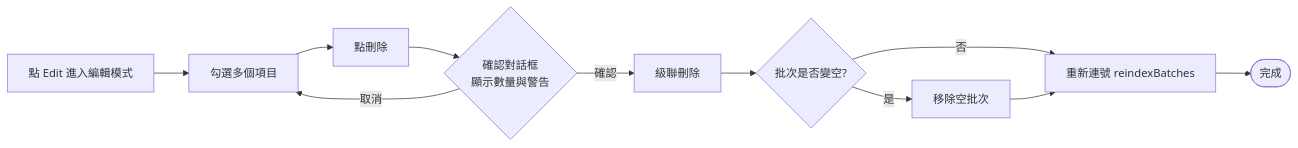
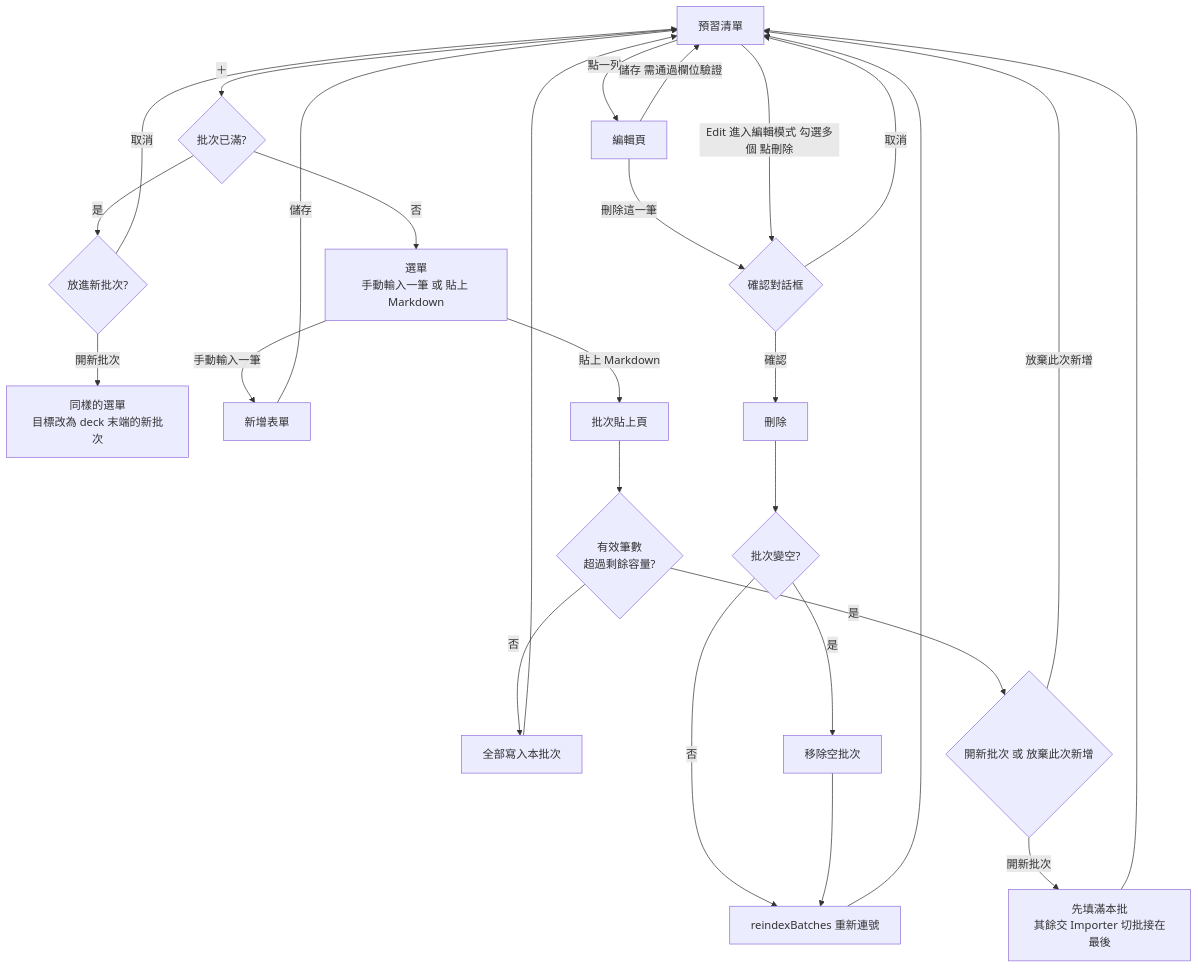
One commit to peiying004/vocabularyApp changed the fourth of 4 diagrams in docs/architecture.md. Above: the diagram before and after it, drawn with Mermaid. The commit also changed other lines of this file and 8 other files, not shown here.

First line of the commit message:
spectra(sync-docs-after-onboarding): 同步 README 與 docs/ 至 onboarding 後的程式現況，補 mermaid 架構圖與流程圖

````diff
--- a/docs/architecture.md
+++ b/docs/architecture.md
@@ -203,13 +221,29 @@
 ```mermaid
-flowchart LR
-    A[點 Edit 進入編輯模式] --> B[勾選多個項目]
-    B --> C[點刪除]
-    C --> D{確認對話框<br/>顯示數量與警告}
-    D -->|取消| B
-    D -->|確認| E[級聯刪除]
-    E --> F{批次是否變空?}
-    F -->|是| G[移除空批次]
-    F -->|否| H[重新連號 reindexBatches]
-    G --> H
-    H --> I([完成])
+flowchart TD
+    G[預習清單] -->|點一列| E1[編輯頁]
+    E1 -->|儲存 需通過欄位驗證| G
+    E1 -->|刪除這一筆| DEL{確認對話框}
+    G -->|＋| FULL{批次已滿?}
+    FULL -->|否| M[選單<br/>手動輸入一筆 或 貼上 Markdown]
+    FULL -->|是| NB{放進新批次?}
+    NB -->|取消| G
+    NB -->|開新批次| M2[同樣的選單<br/>目標改為 deck 末端的新批次]
+    M -->|手動輸入一筆| E2[新增表單]
+    M -->|貼上 Markdown| P[批次貼上頁]
+    E2 -->|儲存| G
+    P --> OV{有效筆數<br/>超過剩餘容量?}
+    OV -->|否| W[全部寫入本批次]
+    OV -->|是| Q{開新批次 或 放棄此次新增}
+    Q -->|開新批次| W2[先填滿本批<br/>其餘交 Importer 切批接在最後]
+    Q -->|放棄此次新增| G
+    W --> G
+    W2 --> G
+    G -->|Edit 進入編輯模式 勾選多個 點刪除| DEL
+    DEL -->|取消| G
+    DEL -->|確認| X[刪除]
+    X --> EMP{批次變空?}
+    EMP -->|是| RM[移除空批次]
+    EMP -->|否| RI[reindexBatches 重新連號]
+    RM --> RI
+    RI --> G
 ```
````
